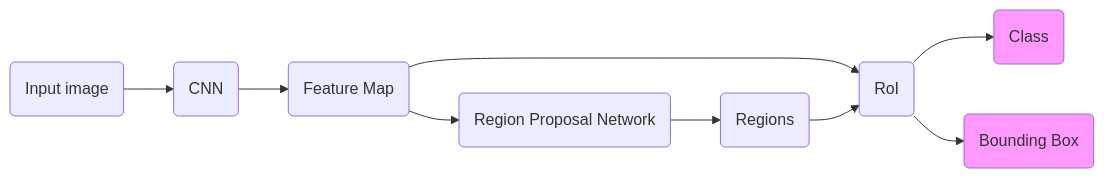
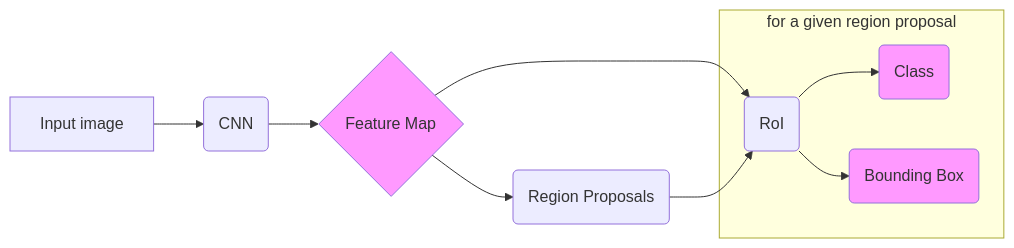
The diagram in thesis/chapters/podejscie/mask_r-cnn/fast_r-cnn.mmd (rzadp/badminton-monorepo), drawn with Mermaid before and after one commit. The commit also changed 1 other file, not shown here.

```diff
--- a/thesis/chapters/podejscie/mask_r-cnn/fast_r-cnn.mmd
+++ b/thesis/chapters/podejscie/mask_r-cnn/fast_r-cnn.mmd
@@ -1,31 +1,31 @@
 graph LR
 
 %% ...::: NODES :::...
 
-input(Input image)
+input[Input image]
 cnn(CNN)
-feature_map(Feature Map)
-rpn(Region Proposal Network)
-regions(Regions)
+feature_map{Feature Map}
+rpn(Region Proposals)
 roi(RoI)
 
 clas(Class)
 bounding_box(Bounding Box)
 
 %% ...::: STYLING :::...
 
+style feature_map fill:#f9f
 style clas fill:#f9f
 style bounding_box fill:#f9f
 
 %% ...::: FLOWS :::...
 
 input-->cnn
 cnn-->feature_map
 feature_map-->rpn
-rpn-->regions
 
 feature_map-->roi
-regions-->roi
-
-roi-->clas
-roi-->bounding_box
+rpn-->roi
+subgraph for a given region proposal
+  roi-->clas
+  roi-->bounding_box
+end
```
